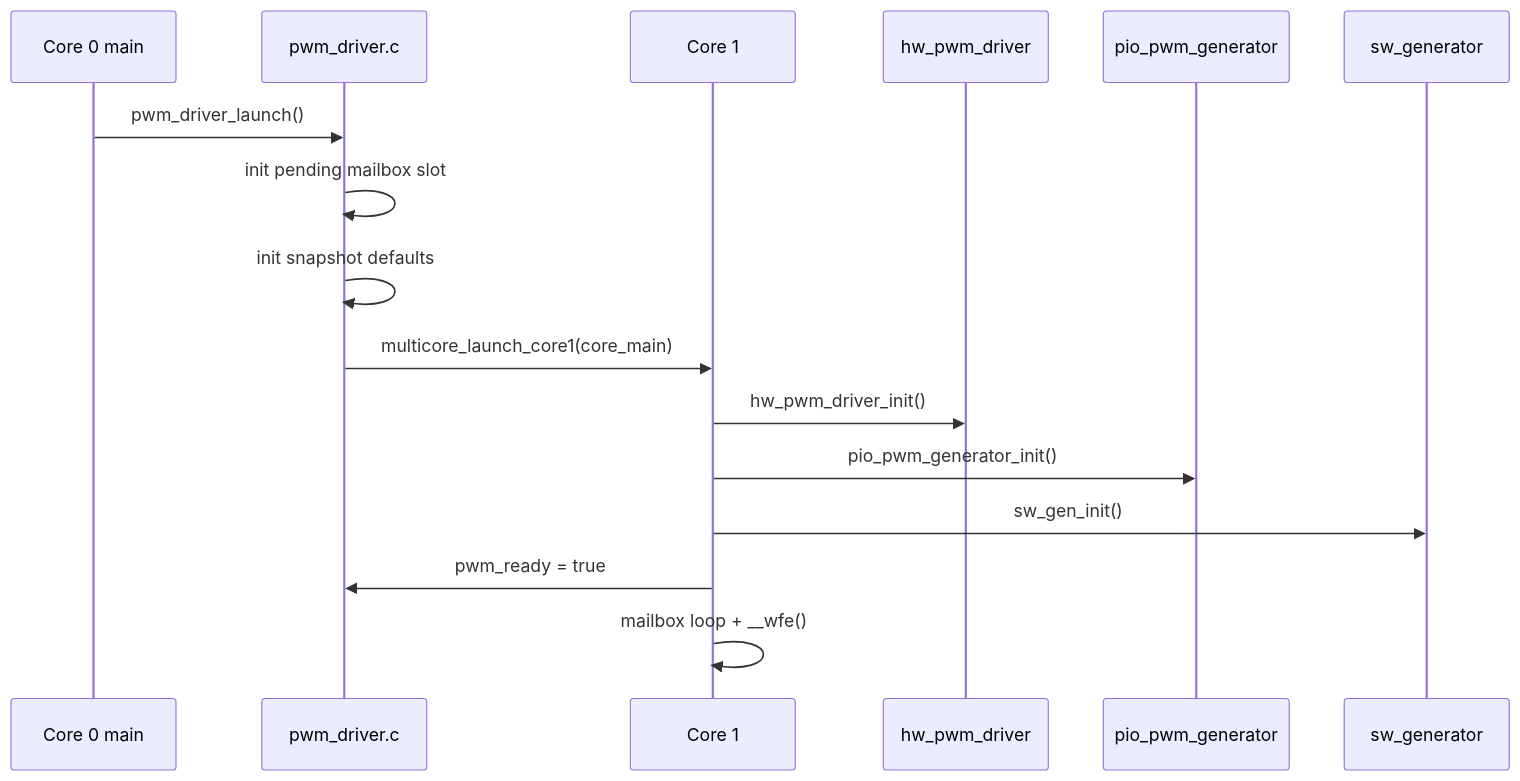
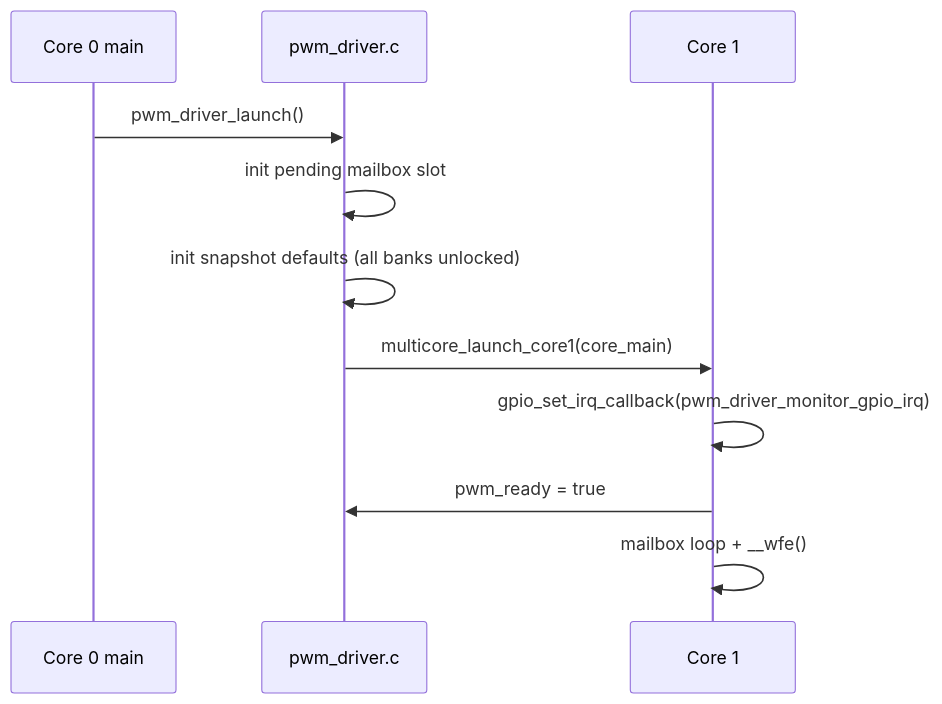
The third of 8 diagrams in docs/detail/pwm_driver_design.md (djwinter29-oss/PicoPWM), drawn with Mermaid before and after one commit. The commit also changed other lines of this file and 118 other files, not shown here.

````diff
--- a/docs/detail/pwm_driver_design.md
+++ b/docs/detail/pwm_driver_design.md
@@ -284,19 +285,14 @@
 ```mermaid
 sequenceDiagram
     participant C0 as Core 0 main
     participant WR as pwm_driver.c
     participant C1 as Core 1
-    participant HW as hw_pwm_driver
-    participant PIO as pio_pwm_generator
-    participant SW as sw_generator
 
     C0->>WR: pwm_driver_launch()
     WR->>WR: init pending mailbox slot
-    WR->>WR: init snapshot defaults
+    WR->>WR: init snapshot defaults (all banks unlocked)
     WR->>C1: multicore_launch_core1(core_main)
-    C1->>HW: hw_pwm_driver_init()
-    C1->>PIO: pio_pwm_generator_init()
-    C1->>SW: sw_gen_init()
+    C1->>C1: gpio_set_irq_callback(pwm_driver_monitor_gpio_irq)
     C1->>WR: pwm_ready = true
     C1->>C1: mailbox loop + __wfe()
 ```
````
